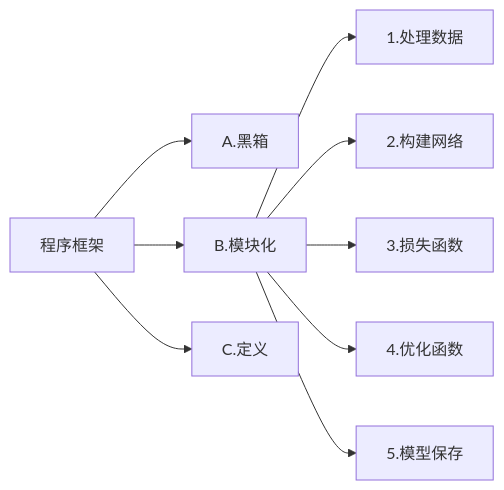
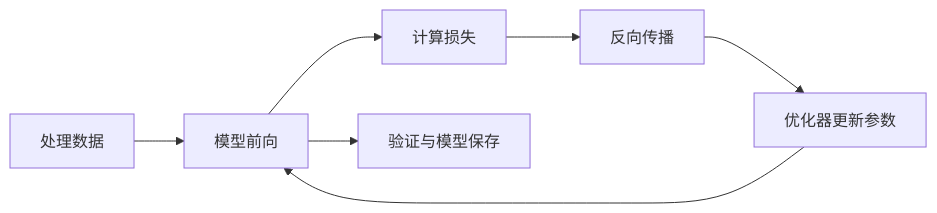
The diagram in blog/source/_posts/DL.md (Arrowes/Blog), drawn with Mermaid before and after one commit. The commit also changed other lines of this file, not shown here.

````diff
--- a/blog/source/_posts/DL.md
+++ b/blog/source/_posts/DL.md
@@ -17,10 +40,9 @@
 ```mermaid
 graph LR
-A[程序框架]-->B[A.黑箱]
-A-->C[B.模块化] -->1.处理数据
-C-->2.构建网络
-C-->3.损失函数
-C-->4.优化函数
-C-->5.模型保存
-A-->E[C.定义]
+    A[处理数据] --> B[模型前向]
+    B --> C[计算损失]
+    C --> D[反向传播]
+    D --> E[优化器更新参数]
+    E --> B
+    B --> F[验证与模型保存]
 ```
````
